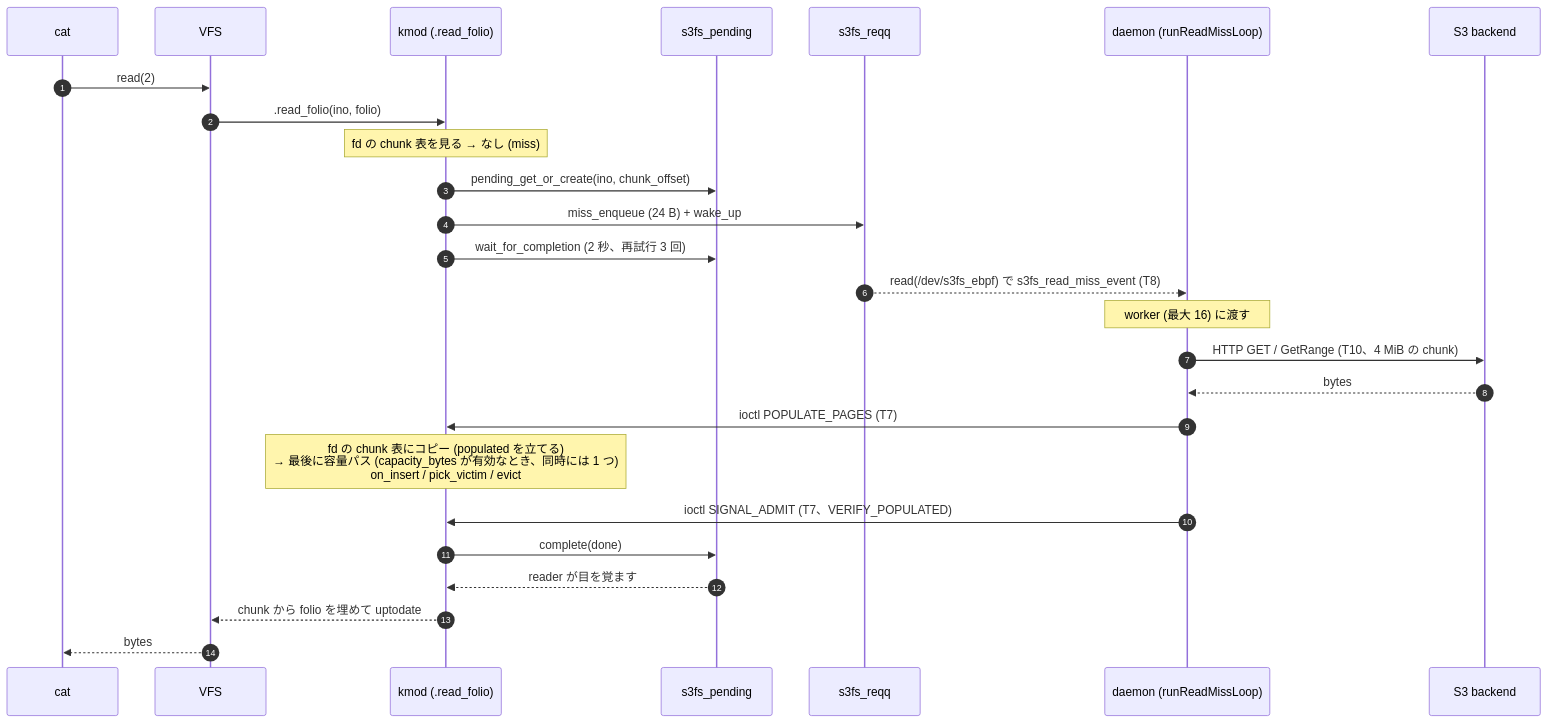
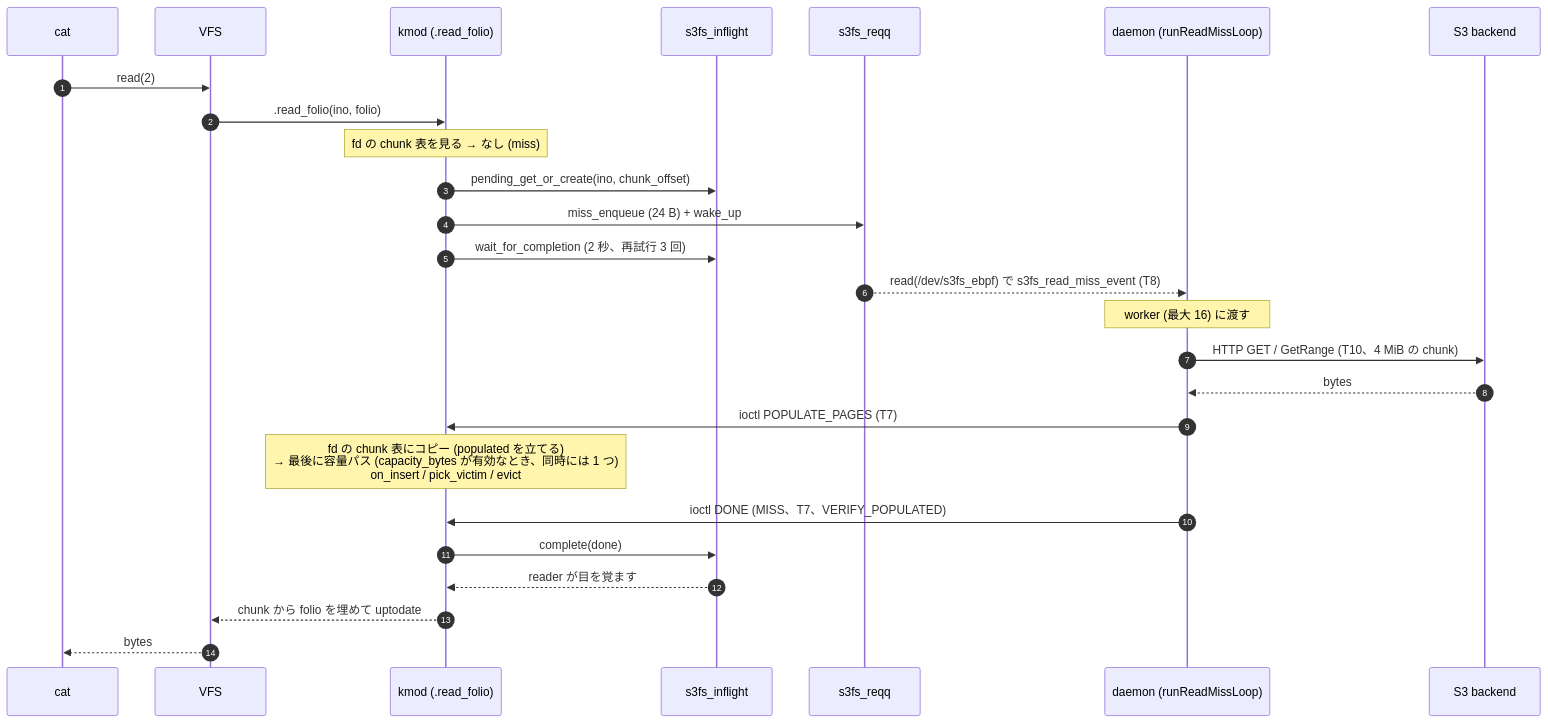
One commit to masu-mi/s3fs-ebpf changed the second of 5 diagrams in docs/design/component-communication.md. Above: the diagram before and after it, drawn with Mermaid. The commit also changed other lines of this file and 33 other files, not shown here.

First line of the commit message:
v2 Phase 4 (part 3): one inflight table and one DONE ioctl; fsync waits for an in-flight flush (AC-96)

````diff
--- a/docs/design/component-communication.md
+++ b/docs/design/component-communication.md
@@ -155,29 +153,29 @@
 ```mermaid
 sequenceDiagram
     autonumber
     participant App as cat
     participant VFS as VFS
     participant Kmod as kmod (.read_folio)
-    participant Pend as s3fs_pending
+    participant Pend as s3fs_inflight
     participant MQ as s3fs_reqq
     participant Daemon as daemon (runReadMissLoop)
     participant S3 as S3 backend
 
     App->>VFS: read(2)
     VFS->>Kmod: .read_folio(ino, folio)
     Note over Kmod: fd の chunk 表を見る → なし (miss)
     Kmod->>Pend: pending_get_or_create(ino, chunk_offset)
     Kmod->>MQ: miss_enqueue (24 B) + wake_up
     Kmod->>Pend: wait_for_completion (2 秒、再試行 3 回)
     MQ-->>Daemon: read(/dev/s3fs_ebpf) で s3fs_read_miss_event (T8)
     Note over Daemon: worker (最大 16) に渡す
     Daemon->>S3: HTTP GET / GetRange (T10、4 MiB の chunk)
     S3-->>Daemon: bytes
     Daemon->>Kmod: ioctl POPULATE_PAGES (T7)
     Note over Kmod: fd の chunk 表にコピー (populated を立てる)<br/>→ 最後に容量パス (capacity_bytes が有効なとき、同時には 1 つ)<br/>on_insert / pick_victim / evict
-    Daemon->>Kmod: ioctl SIGNAL_ADMIT (T7、VERIFY_POPULATED)
+    Daemon->>Kmod: ioctl DONE (MISS、T7、VERIFY_POPULATED)
     Kmod->>Pend: complete(done)
     Pend-->>Kmod: reader が目を覚ます
     Kmod-->>VFS: chunk から folio を埋めて uptodate
     VFS-->>App: bytes
 ```
````
